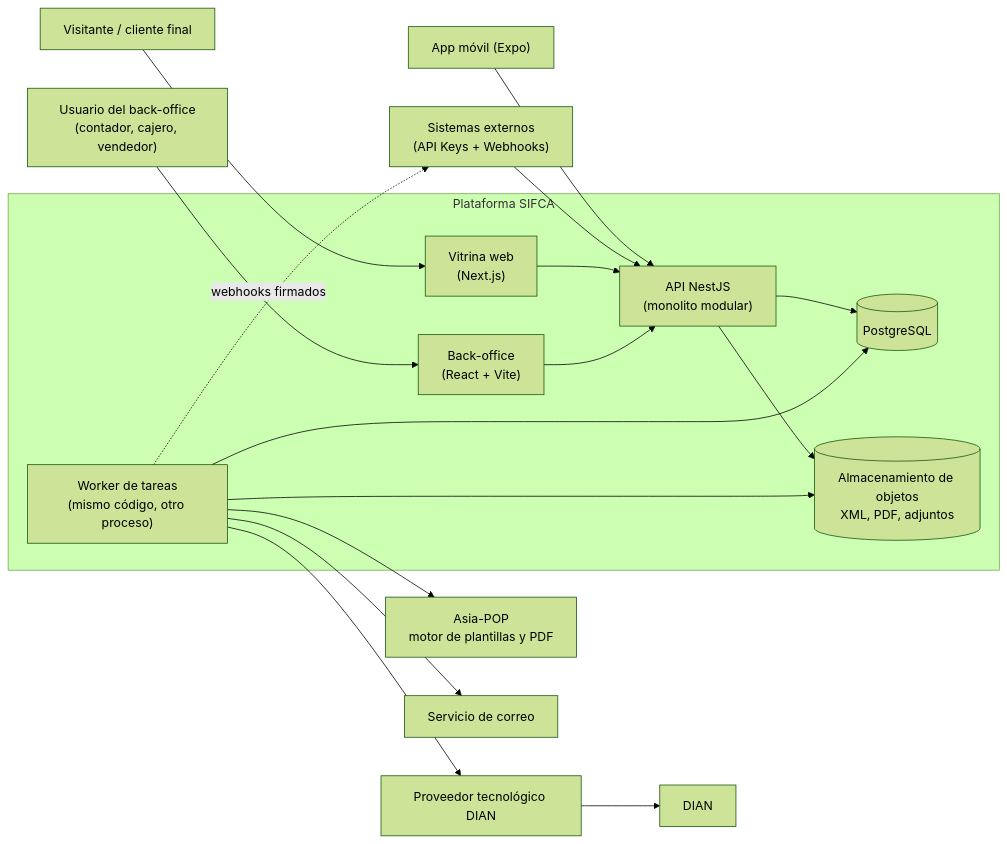
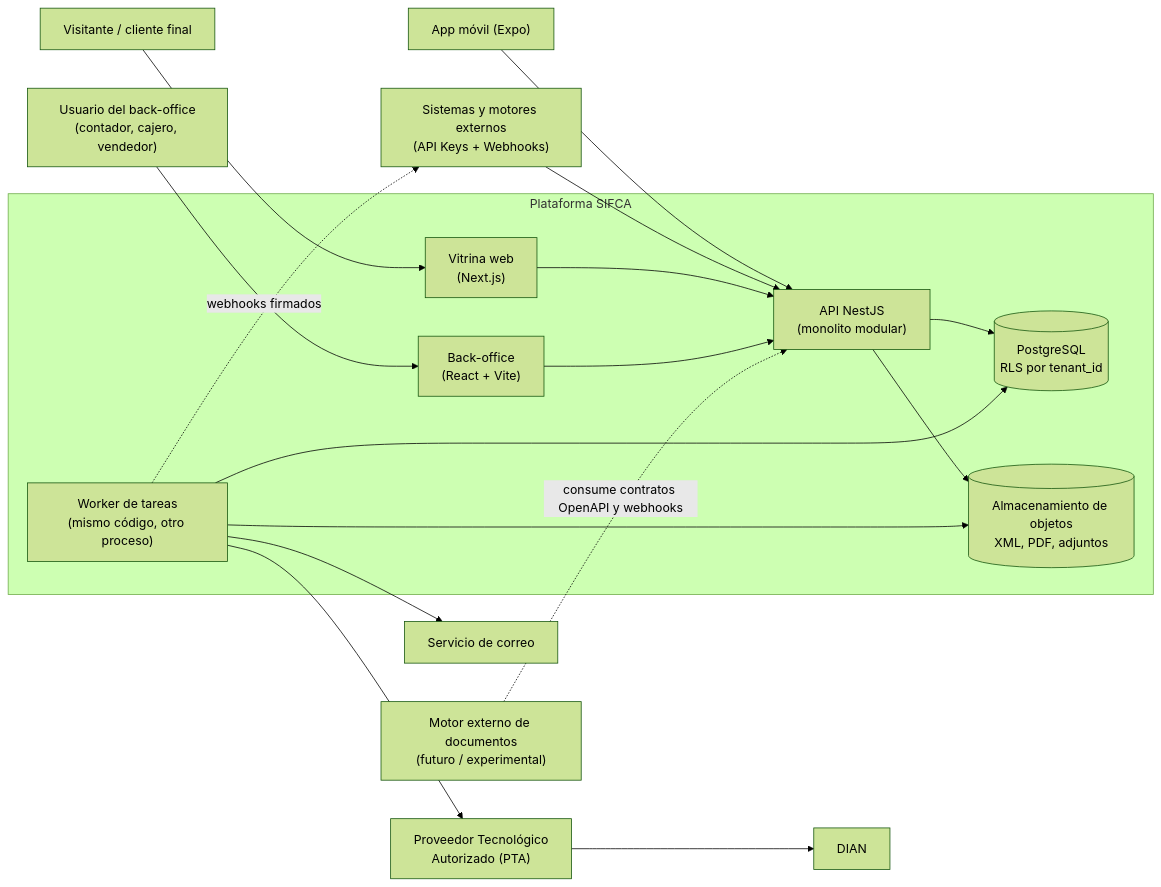
Before and after one commit to JpMurcia/SIFCA: the first of 3 diagrams in docs/01-arquitectura/01-vision-general-y-modulos.md, drawn with Mermaid (forest theme). The commit also changed other lines of this file and 89 other files, not shown here.

````diff
--- a/docs/01-arquitectura/01-vision-general-y-modulos.md
+++ b/docs/01-arquitectura/01-vision-general-y-modulos.md
@@ -25,37 +28,37 @@
 ```mermaid
 flowchart LR
     visitante["Visitante / cliente final"]
     operador["Usuario del back-office<br/>(contador, cajero, vendedor)"]
     movil["App móvil (Expo)"]
-    ext["Sistemas externos<br/>(API Keys + Webhooks)"]
+    ext["Sistemas y motores externos<br/>(API Keys + Webhooks)"]
 
     subgraph SIFCA["Plataforma SIFCA"]
         storefront["Vitrina web<br/>(Next.js)"]
         admin["Back-office<br/>(React + Vite)"]
         api["API NestJS<br/>(monolito modular)"]
         worker["Worker de tareas<br/>(mismo código, otro proceso)"]
-        db[("PostgreSQL")]
+        db[("PostgreSQL<br/>RLS por tenant_id")]
         files[("Almacenamiento de objetos<br/>XML, PDF, adjuntos")]
     end
 
-    asia["Asia-POP<br/>motor de plantillas y PDF"]
-    pt["Proveedor tecnológico DIAN"]
+    pta["Proveedor Tecnológico<br/>Autorizado (PTA)"]
     dian["DIAN"]
     mail["Servicio de correo"]
+    futuro["Motor externo de documentos<br/>(futuro / experimental)"]
 
     visitante --> storefront
     operador --> admin
     movil --> api
     ext --> api
     storefront --> api
     admin --> api
     api --> db
     worker --> db
     api --> files
     worker --> files
-    worker --> asia
-    worker --> pt
-    pt --> dian
+    worker --> pta
+    pta --> dian
     worker --> mail
     worker -. "webhooks firmados" .-> ext
+    futuro -. "consume contratos OpenAPI y webhooks" .-> api
 ```
````
